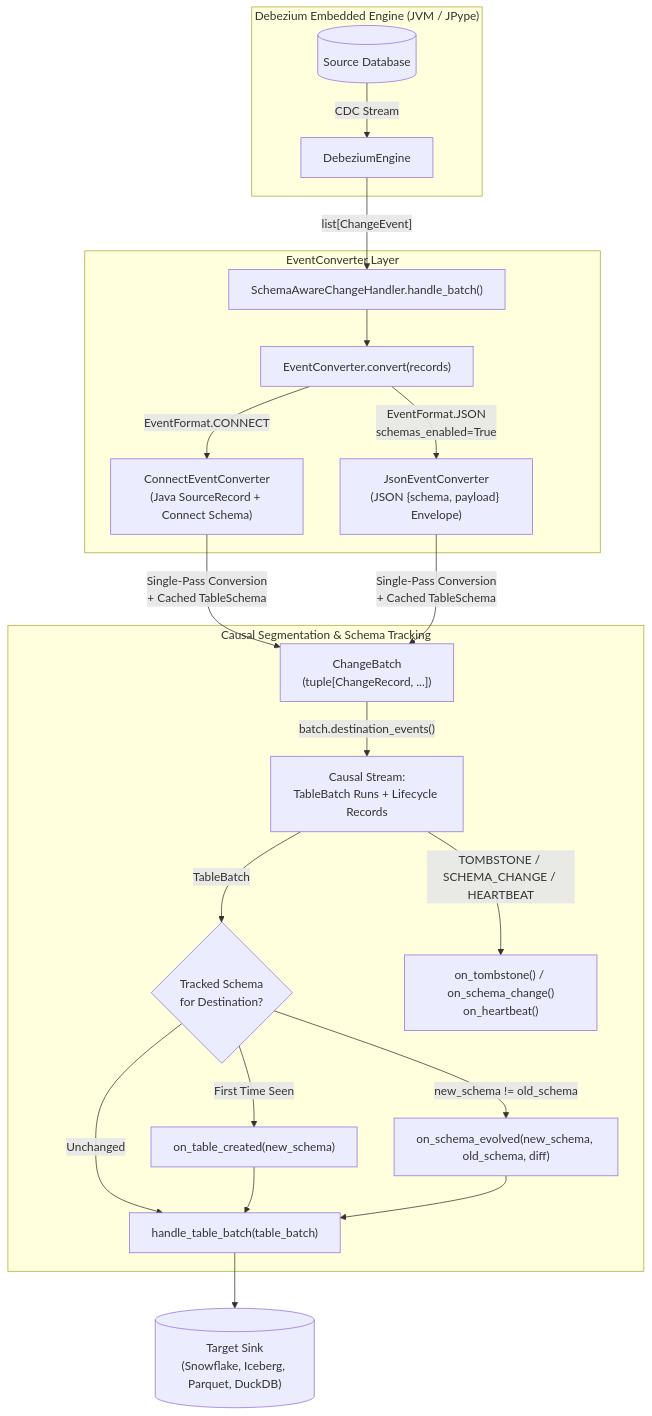
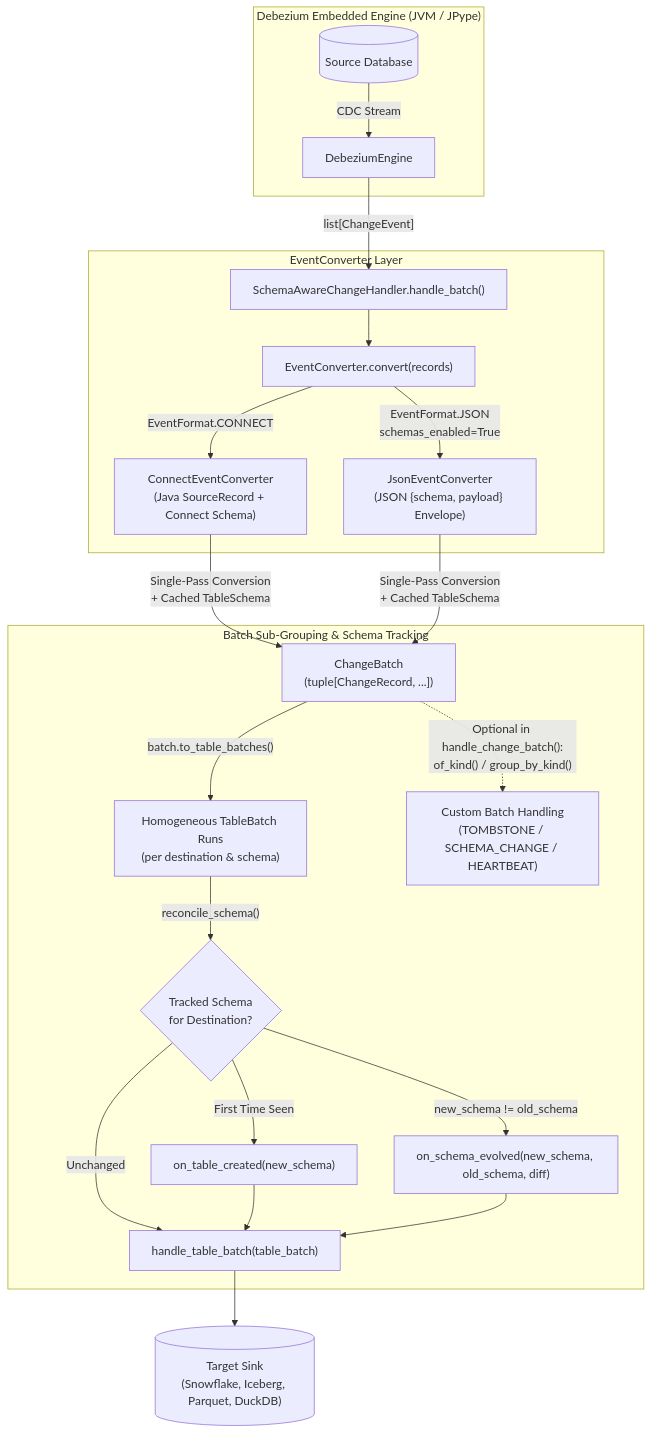
The first of 2 diagrams in docs/schema/index.md (memiiso/pydbzengine), drawn with Mermaid before and after one commit. The commit also changed other lines of this file and 15 other files, not shown here.

Commit message:
refactor: simplify SchemaAwareChangeHandler lifecycle hooks and introduce batch grouping APIs

````diff
--- a/docs/schema/index.md
+++ b/docs/schema/index.md
@@ -47,29 +47,29 @@
 ```mermaid
 flowchart TD
     subgraph Engine["Debezium Embedded Engine (JVM / JPype)"]
         DB[("Source Database")] -->|"CDC Stream"| DE["DebeziumEngine"]
     end
 
     DE -->|"list[ChangeEvent]"| HB["SchemaAwareChangeHandler.handle_batch()"]
 
     subgraph ConverterLayer["EventConverter Layer"]
         HB --> EC["EventConverter.convert(records)"]
         EC -->|"EventFormat.CONNECT"| CEC["ConnectEventConverter\n(Java SourceRecord + Connect Schema)"]
         EC -->|"EventFormat.JSON\nschemas_enabled=True"| JEC["JsonEventConverter\n(JSON {schema, payload} Envelope)"]
     end
 
     CEC & JEC -->|"Single-Pass Conversion\n+ Cached TableSchema"| CB["ChangeBatch\n(tuple[ChangeRecord, ...])"]
 
-    subgraph Dispatch["Causal Segmentation & Schema Tracking"]
-        CB -->|"batch.destination_events()"| EVENTS["Causal Stream:\nTableBatch Runs + Lifecycle Records"]
-        EVENTS -->|"TableBatch"| CHECK{"Tracked Schema\nfor Destination?"}
+    subgraph Dispatch["Batch Sub-Grouping & Schema Tracking"]
+        CB -->|"batch.to_table_batches()"| TB["Homogeneous TableBatch Runs\n(per destination & schema)"]
+        TB -->|"reconcile_schema()"| CHECK{"Tracked Schema\nfor Destination?"}
         CHECK -->|"First Time Seen"| OTC["on_table_created(new_schema)"]
         CHECK -->|"new_schema != old_schema"| OSE["on_schema_evolved(new_schema, old_schema, diff)"]
         CHECK -->|"Unchanged"| HTB["handle_table_batch(table_batch)"]
         OTC --> HTB
         OSE --> HTB
-        EVENTS -->|"TOMBSTONE / SCHEMA_CHANGE / HEARTBEAT"| LIFE["on_tombstone() / on_schema_change()\non_heartbeat()"]
+        CB -.->|"Optional in handle_change_batch():\nof_kind() / group_by_kind()"| LIFE["Custom Batch Handling\n(TOMBSTONE / SCHEMA_CHANGE / HEARTBEAT)"]
     end
 
     HTB --> SINK[("Target Sink\n(Snowflake, Iceberg, Parquet, DuckDB)")]
 ```
````
